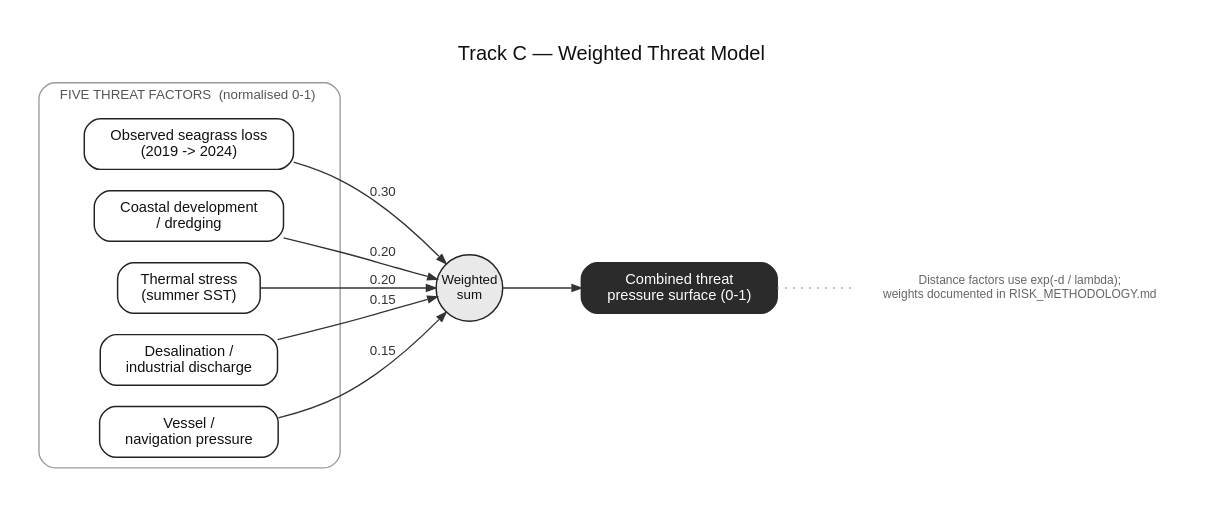
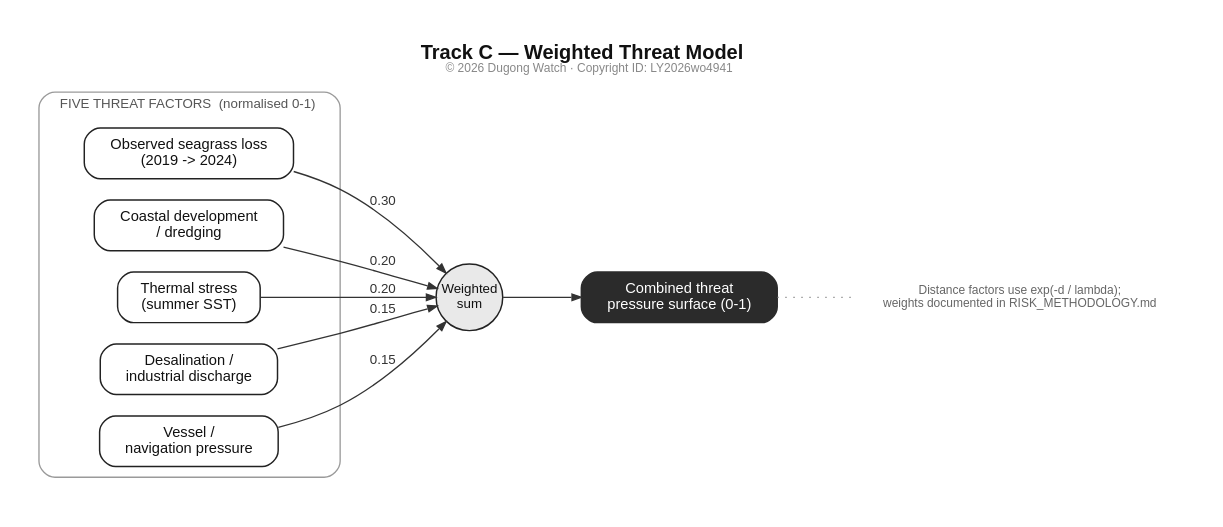
The diagram in diagrams/6_threat_model.dot (AbdulkarimBisharah/dugong-uae), drawn with Graphviz before and after one commit. The commit also changed 26 other files, not shown here.

First line of the commit message:
docs: stamp diagrams with copyright ID LY2026wo4941; add all 6 to report

```diff
--- a/diagrams/6_threat_model.dot
+++ b/diagrams/6_threat_model.dot
@@ -1,28 +1,28 @@
 digraph threat_model {
   rankdir=LR;
-  graph [fontname="Helvetica", label="Track C — Weighted Threat Model", labelloc=t, fontsize=15, fontcolor="#111111", bgcolor="white", nodesep=0.22, ranksep=0.8, pad=0.3];
+  graph [fontname="Helvetica", label=<<b>Track C — Weighted Threat Model</b><br/><font point-size="9" color="#888888">&#169; 2026 Dugong Watch &#183; Copyright ID: LY2026wo4941</font>>, labelloc=t, fontsize=15, fontcolor="#111111", bgcolor="white", nodesep=0.22, ranksep=0.8, pad=0.3];
   node  [shape=box, style="rounded,filled", fillcolor="white", color="#222222", penwidth=1.1, fontname="Helvetica", fontsize=11, fontcolor="#111111", margin="0.16,0.10"];
   edge  [color="#333333", penwidth=1.0, arrowsize=0.7, fontname="Helvetica", fontsize=10, fontcolor="#333333"];
 
   subgraph cluster_f {
     label="  FIVE THREAT FACTORS  (normalised 0-1)  "; labeljust=l; style="rounded"; color="#9a9a9a"; fontsize=10; fontcolor="#555555";
     f1 [label="Observed seagrass loss\n(2019 -> 2024)"];
     f2 [label="Coastal development\n/ dredging"];
     f3 [label="Thermal stress\n(summer SST)"];
     f4 [label="Desalination /\nindustrial discharge"];
     f5 [label="Vessel /\nnavigation pressure"];
   }
 
   sum [label="Weighted\nsum", shape=circle, width=0.7, fixedsize=true, fillcolor="#e9e9e9", fontsize=10];
   out [label="Combined threat\npressure surface (0-1)", fillcolor="#2b2b2b", fontcolor="white", color="#2b2b2b"];
 
   f1 -> sum [label="0.30"];
   f2 -> sum [label="0.20"];
   f3 -> sum [label="0.20"];
   f4 -> sum [label="0.15"];
   f5 -> sum [label="0.15"];
   sum -> out;
 
   note [label="Distance factors use exp(-d / lambda);\nweights documented in RISK_METHODOLOGY.md", shape=plaintext, style="", fontsize=9, fontcolor="#666666"];
   out -> note [style=dotted, arrowhead=none, color="#888888"];
 }
```
